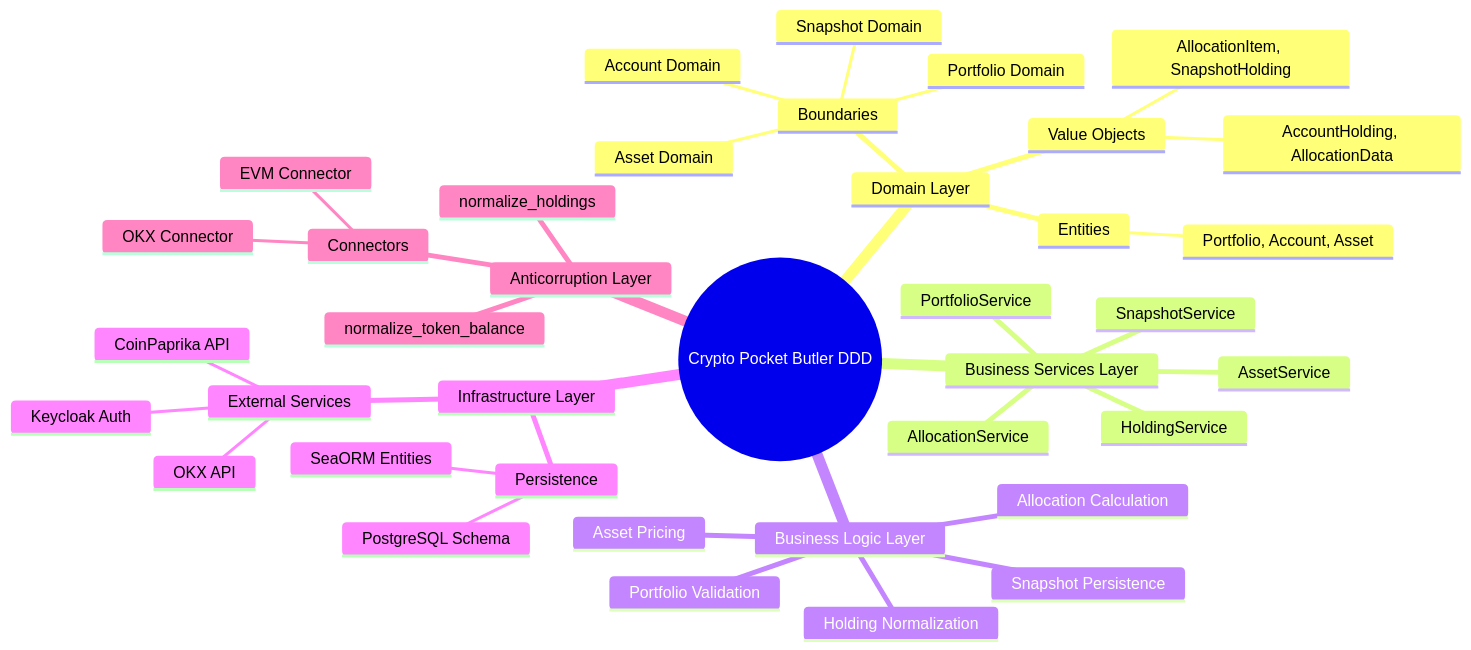
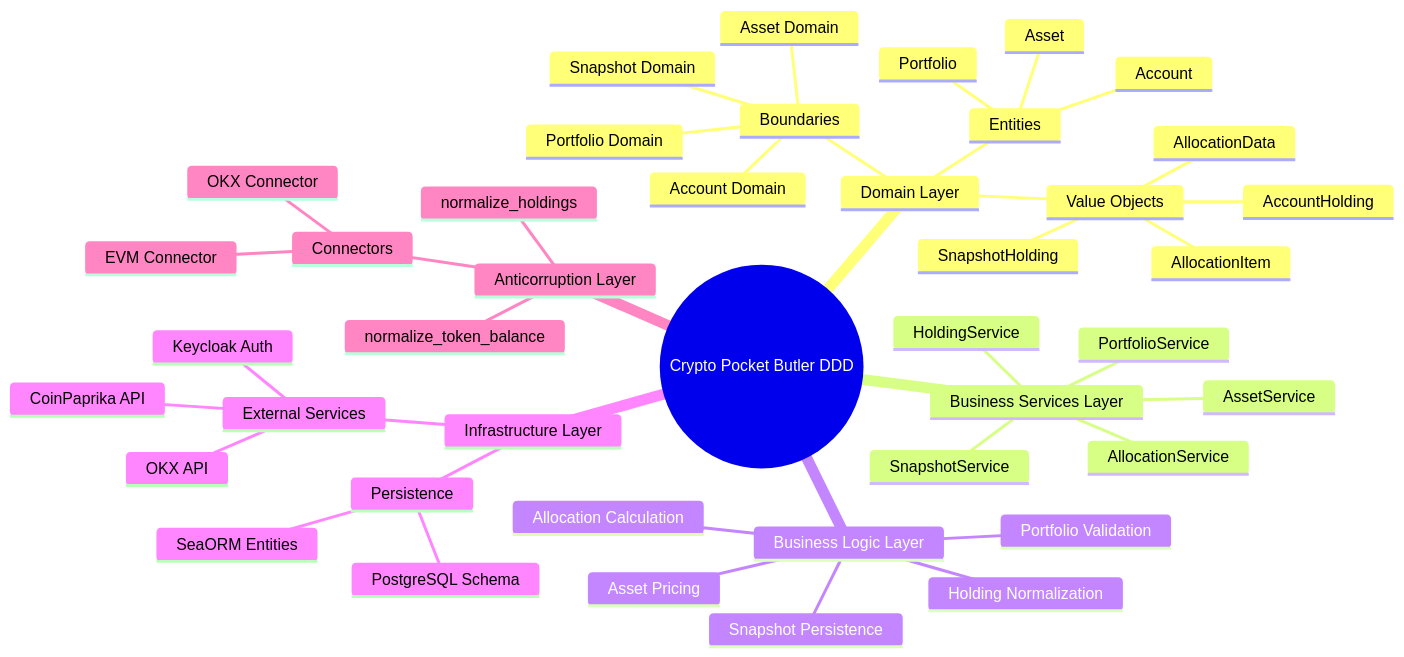
Before and after one commit to doitsu2014/crypto-pocket-butler: diagram 13 of 17 in docs/architecture/01-architecture-design.md, drawn with Mermaid. The commit also changed other lines of this file, not shown here.

Commit message:
docs: Fix Mermaid syntax errors for GitHub compatibility

````diff
--- a/docs/architecture/01-architecture-design.md
+++ b/docs/architecture/01-architecture-design.md
@@ -519,41 +353,45 @@
 ```mermaid
 mindmap
-  root((Crypto Pocket Butler DDD))
-    Domain Layer
-      Boundaries
-        Portfolio Domain
-        Asset Domain
-        Account Domain
-        Snapshot Domain
-      Entities
-        Portfolio, Account, Asset
-      Value Objects
-        AllocationItem, SnapshotHolding
-        AccountHolding, AllocationData
-    Business Services Layer
-      PortfolioService
-      AssetService
-      HoldingService
-      SnapshotService
-      AllocationService
-    Business Logic Layer
-      Portfolio Validation
-      Asset Pricing
-      Holding Normalization
-      Allocation Calculation
-      Snapshot Persistence
-    Infrastructure Layer
-      Persistence
-        SeaORM Entities
-        PostgreSQL Schema
-      External Services
-        Keycloak Auth
-        CoinPaprika API
-        OKX API
-    Anticorruption Layer
-      Connectors
-        EVM Connector
-        OKX Connector
-      normalize_token_balance
-      normalize_holdings
+    root((Crypto Pocket Butler DDD))
+        Domain Layer
+            Boundaries
+                Portfolio Domain
+                Asset Domain
+                Account Domain
+                Snapshot Domain
+            Entities
+                Portfolio
+                Account
+                Asset
+            Value Objects
+                AllocationItem
+                SnapshotHolding
+                AccountHolding
+                AllocationData
+        Business Services Layer
+            PortfolioService
+            AssetService
+            HoldingService
+            SnapshotService
+            AllocationService
+        Business Logic Layer
+            Portfolio Validation
+            Asset Pricing
+            Holding Normalization
+            Allocation Calculation
+            Snapshot Persistence
+        Infrastructure Layer
+            Persistence
+                SeaORM Entities
+                PostgreSQL Schema
+            External Services
+                Keycloak Auth
+                CoinPaprika API
+                OKX API
+        Anticorruption Layer
+            Connectors
+                EVM Connector
+                OKX Connector
+            normalize_token_balance
+            normalize_holdings
 ```
````
